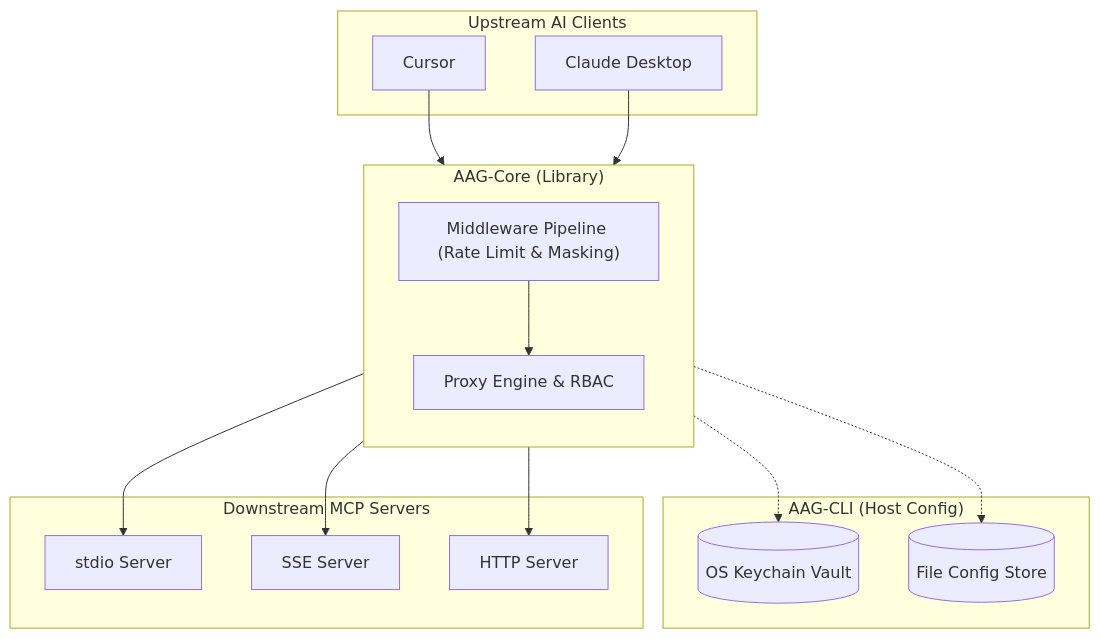
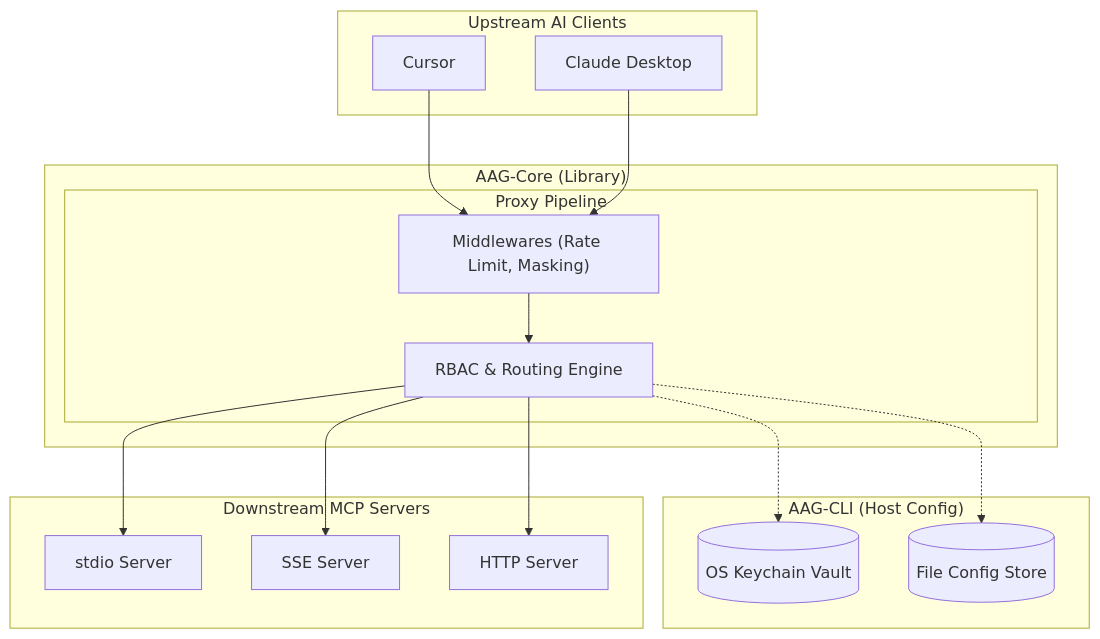
One commit to Cyber-Sec-Space/ai-auth-gateway changed the first of 3 diagrams in ARCHITECTURE.md. Above: the diagram before and after it, drawn with Mermaid. The commit also changed other lines of this file and 5 other files, not shown here.

````diff
--- a/ARCHITECTURE.md
+++ b/ARCHITECTURE.md
@@ -11,35 +11,36 @@
 ```mermaid
 flowchart TD
     subgraph client ["Upstream AI Clients"]
         cursor["Cursor"]
         claude["Claude Desktop"]
     end
 
     subgraph cli ["AAG-CLI (Host Config)"]
         vault[("OS Keychain Vault")]
         config[("File Config Store")]
     end
 
     subgraph gateway ["AAG-Core (Library)"]
-        direction TB
-        mid["Middleware Pipeline (Rate Limit & Masking)"]
-        proxy["Proxy Engine & RBAC"]
+        subgraph proxy_p ["Proxy Pipeline"]
+            mw["Middlewares (Rate Limit, Masking)"]
+            rbac["RBAC & Routing Engine"]
+            mw --> rbac
+        end
     end
 
     subgraph downstream ["Downstream MCP Servers"]
         local_s["stdio Server"]
         github_s["SSE Server"]
         remote_s["HTTP Server"]
     end
 
-    cursor --> mid
-    claude --> mid
-    mid --> proxy
+    cursor --> mw
+    claude --> mw
 
-    proxy --> local_s
-    proxy --> github_s
-    proxy --> remote_s
+    rbac --> local_s
+    rbac --> github_s
+    rbac --> remote_s
 
-    proxy -.-> config
-    proxy -.-> vault
+    rbac -.-> config
+    rbac -.-> vault
 ```
````
